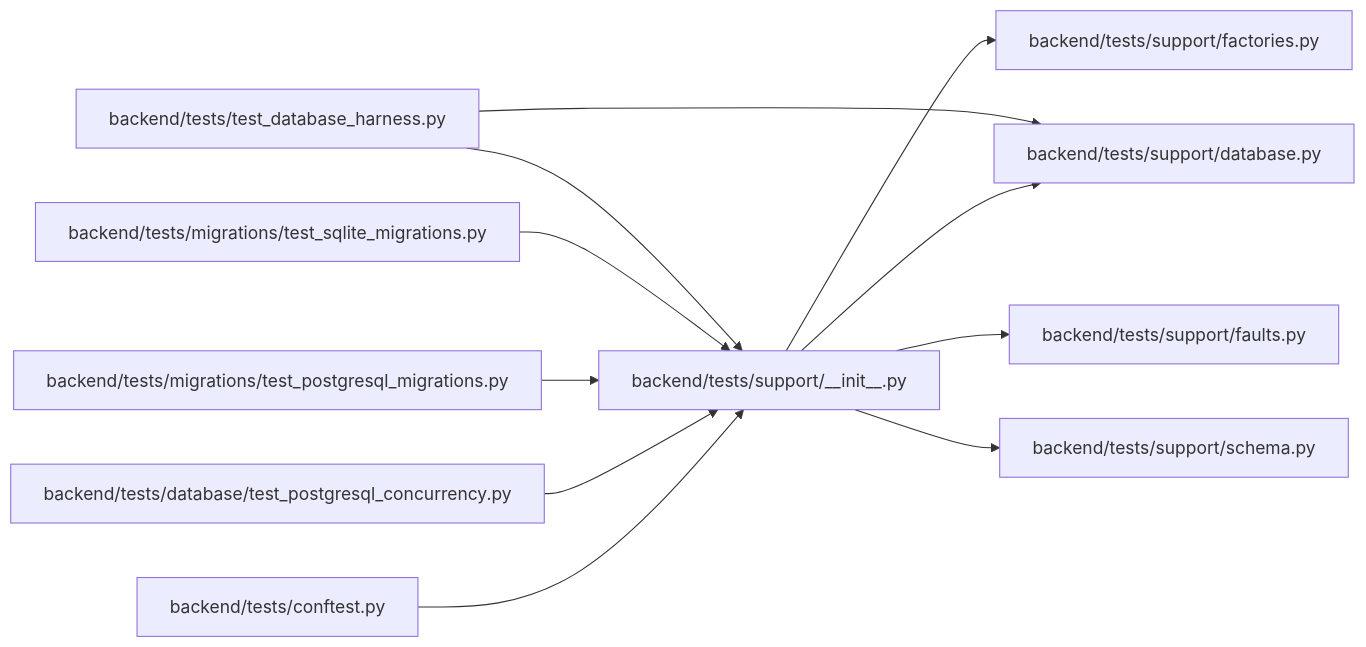
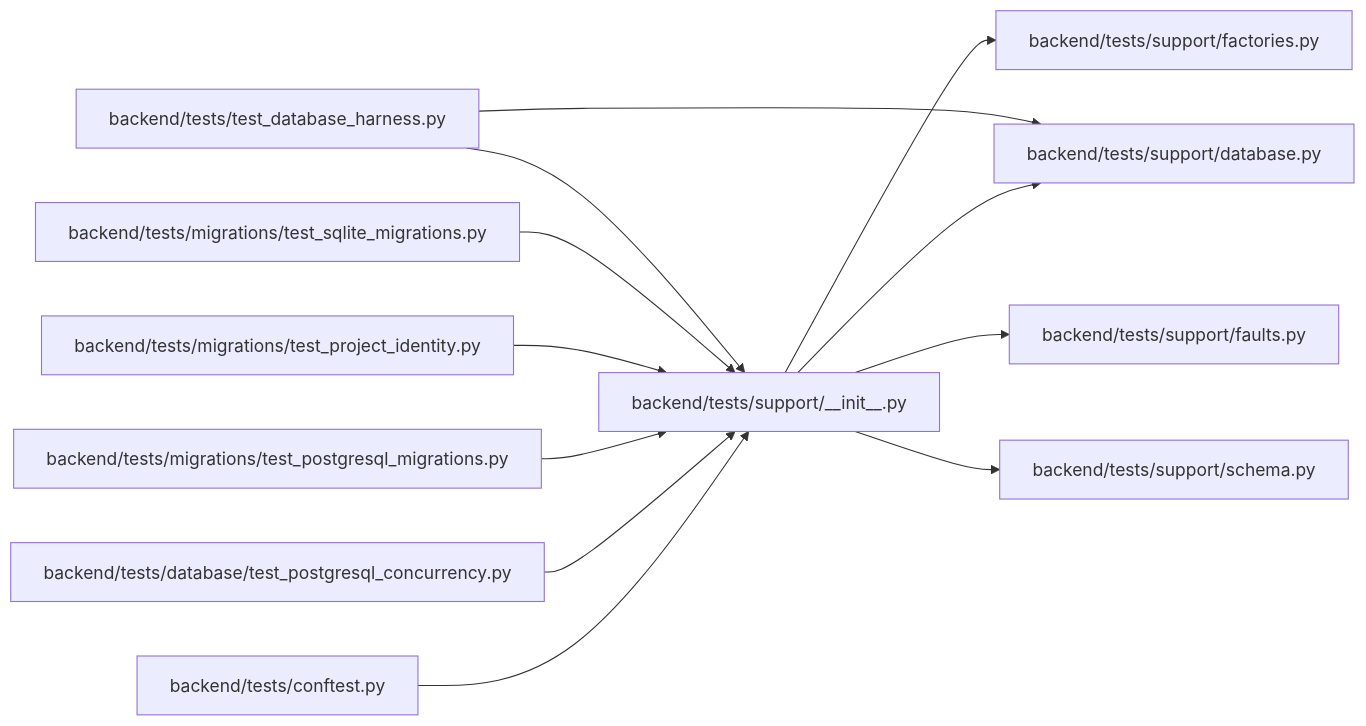
The diagram in docs/llm_wiki/modules/support___init__.md (Denissvgn/WorkChord), drawn with Mermaid before and after one commit. The commit also changed other lines of this file and 10148 other files, not shown here.

````diff
--- a/docs/llm_wiki/modules/support___init__.md
+++ b/docs/llm_wiki/modules/support___init__.md
@@ -21,33 +21,36 @@
 ```mermaid
 flowchart LR
     n0["backend/tests/conftest.py"]
     n1["backend/tests/database/test_postgresql_concurrency.py"]
     n2["backend/tests/migrations/test_postgresql_migrations.py"]
-    n3["backend/tests/migrations/test_sqlite_migrations.py"]
-    n4["backend/tests/support/__init__.py"]
-    n5["backend/tests/support/database.py"]
-    n6["backend/tests/support/factories.py"]
-    n7["backend/tests/support/faults.py"]
-    n8["backend/tests/support/schema.py"]
-    n9["backend/tests/test_database_harness.py"]
-    n0 --> n4
-    n1 --> n4
-    n2 --> n4
-    n3 --> n4
+    n3["backend/tests/migrations/test_project_identity.py"]
+    n4["backend/tests/migrations/test_sqlite_migrations.py"]
+    n5["backend/tests/support/__init__.py"]
+    n6["backend/tests/support/database.py"]
+    n7["backend/tests/support/factories.py"]
+    n8["backend/tests/support/faults.py"]
+    n9["backend/tests/support/schema.py"]
+    n10["backend/tests/test_database_harness.py"]
+    n0 --> n5
+    n1 --> n5
+    n2 --> n5
+    n3 --> n5
     n4 --> n5
-    n4 --> n6
-    n4 --> n7
-    n4 --> n8
-    n9 --> n4
-    n9 --> n5
+    n5 --> n6
+    n5 --> n7
+    n5 --> n8
+    n5 --> n9
+    n10 --> n5
+    n10 --> n6
     click n0 "../modules/conftest.md"
     click n1 "../modules/test_postgresql_concurrency.md"
     click n2 "../modules/test_postgresql_migrations.md"
-    click n3 "../modules/test_sqlite_migrations.md"
-    click n4 "../modules/support___init__.md"
-    click n5 "../modules/support_database.md"
-    click n6 "../modules/factories.md"
-    click n7 "../modules/faults.md"
-    click n8 "../modules/schema.md"
-    click n9 "../modules/test_database_harness.md"
+    click n3 "../modules/test_project_identity.md"
+    click n4 "../modules/test_sqlite_migrations.md"
+    click n5 "../modules/support___init__.md"
+    click n6 "../modules/support_database.md"
+    click n7 "../modules/factories.md"
+    click n8 "../modules/faults.md"
+    click n9 "../modules/schema.md"
+    click n10 "../modules/test_database_harness.md"
 ```
````
